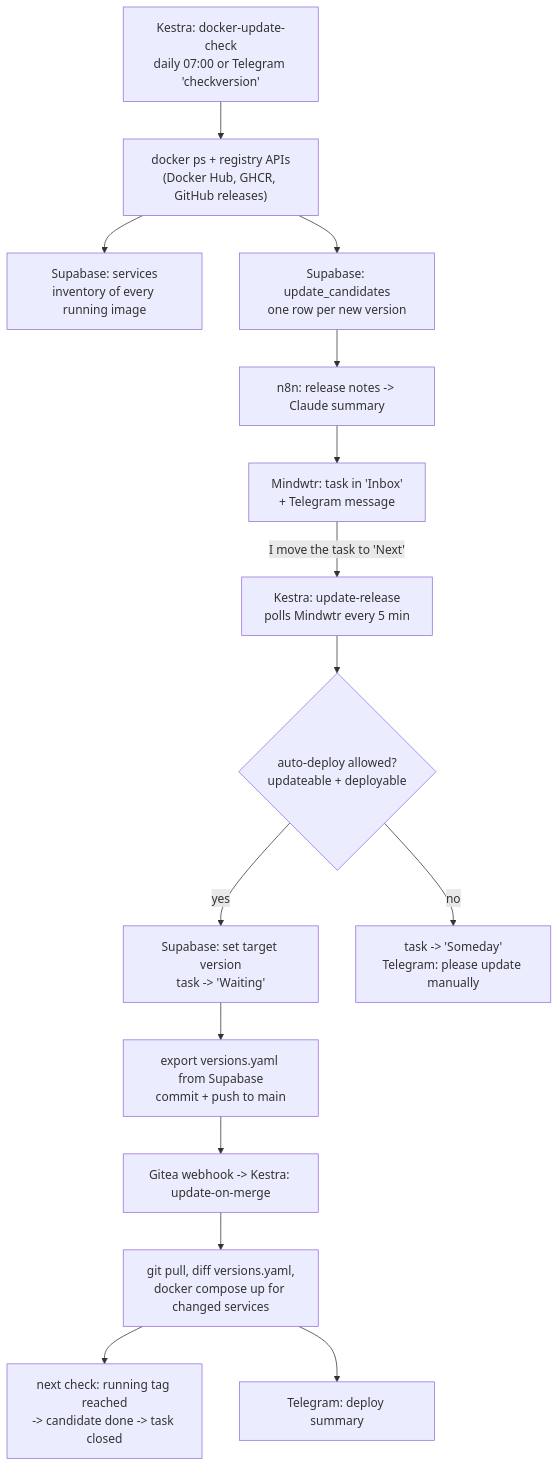
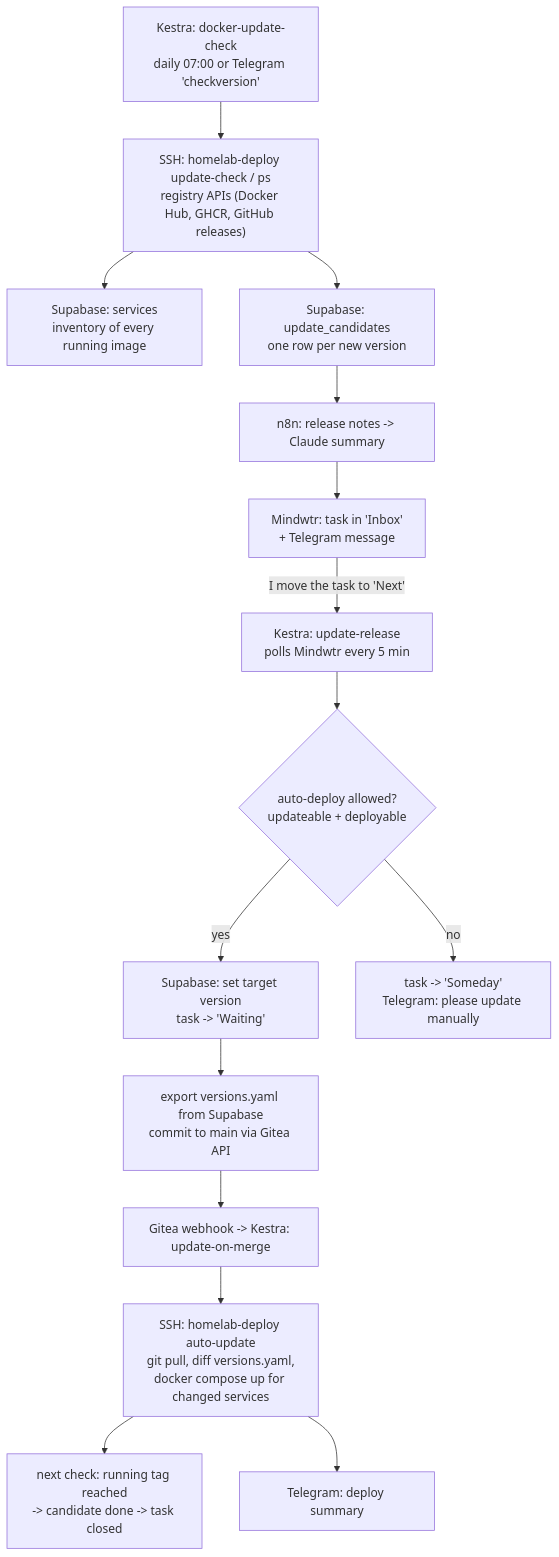
The first of 2 diagrams in update-pipeline/README.md (chri-hoff/homelab-showcase), drawn with Mermaid before and after one commit. The commit also changed other lines of this file and 73 other files, not shown here.

````diff
--- a/update-pipeline/README.md
+++ b/update-pipeline/README.md
@@ -19,17 +20,17 @@
 ```mermaid
 flowchart TD
-    A["Kestra: docker-update-check<br/>daily 07:00 or Telegram 'checkversion'"] --> B["docker ps + registry APIs<br/>(Docker Hub, GHCR, GitHub releases)"]
+    A["Kestra: docker-update-check<br/>daily 07:00 or Telegram 'checkversion'"] --> B["SSH: homelab-deploy update-check / ps<br/>registry APIs (Docker Hub, GHCR, GitHub releases)"]
     B --> C["Supabase: services<br/>inventory of every running image"]
     B --> D["Supabase: update_candidates<br/>one row per new version"]
     D --> E["n8n: release notes -> Claude summary"]
     E --> F["Mindwtr: task in 'Inbox'<br/>+ Telegram message"]
     F -->|"I move the task to 'Next'"| G["Kestra: update-release<br/>polls Mindwtr every 5 min"]
     G --> H{"auto-deploy allowed?<br/>updateable + deployable"}
     H -->|yes| I["Supabase: set target version<br/>task -> 'Waiting'"]
     H -->|no| J["task -> 'Someday'<br/>Telegram: please update manually"]
-    I --> K["export versions.yaml from Supabase<br/>commit + push to main"]
+    I --> K["export versions.yaml from Supabase<br/>commit to main via Gitea API"]
     K --> L["Gitea webhook -> Kestra: update-on-merge"]
-    L --> M["git pull, diff versions.yaml,<br/>docker compose up for changed services"]
+    L --> M["SSH: homelab-deploy auto-update<br/>git pull, diff versions.yaml,<br/>docker compose up for changed services"]
     M --> N["next check: running tag reached<br/>-> candidate done -> task closed"]
     M --> O["Telegram: deploy summary"]
 ```
````
